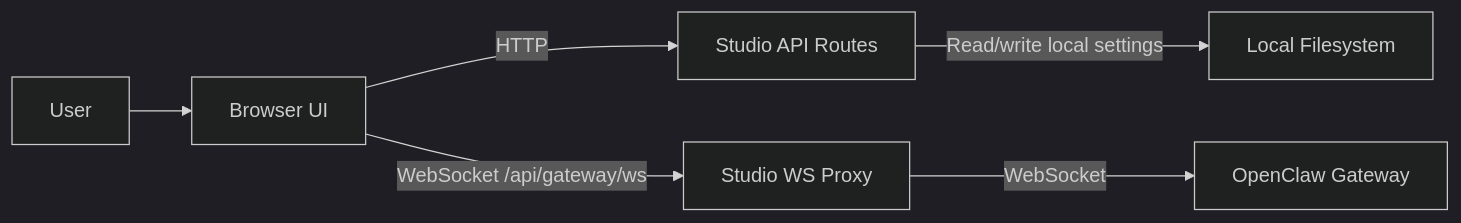
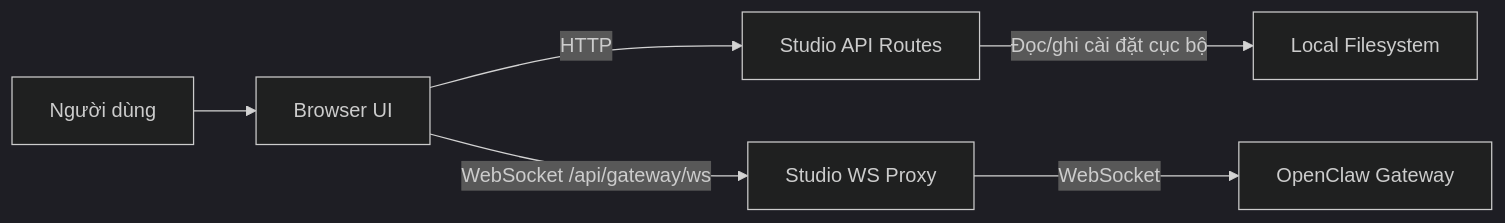
The diagram in ARCHITECTURE.md (andyluu98/vn-ai-agent-office), drawn with Mermaid (dark theme) before and after one commit. The commit also changed other lines of this file and 5 other files, not shown here.

````diff
--- a/ARCHITECTURE.md
+++ b/ARCHITECTURE.md
@@ -129,8 +129,8 @@
 ```mermaid
 flowchart LR
-  U[User] --> B[Browser UI]
+  U[Người dùng] --> B[Browser UI]
   B -->|HTTP| A[Studio API Routes]
   B -->|WebSocket /api/gateway/ws| P[Studio WS Proxy]
-  A -->|Read/write local settings| F[Local Filesystem]
+  A -->|Đọc/ghi cài đặt cục bộ| F[Local Filesystem]
   P -->|WebSocket| G[OpenClaw Gateway]
 ```
````
